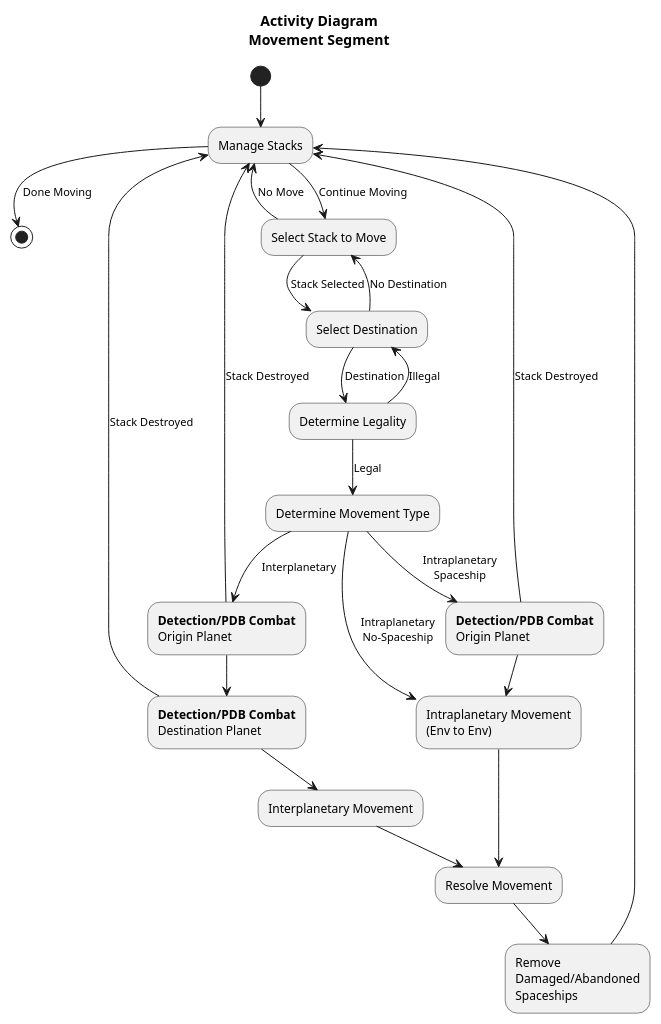
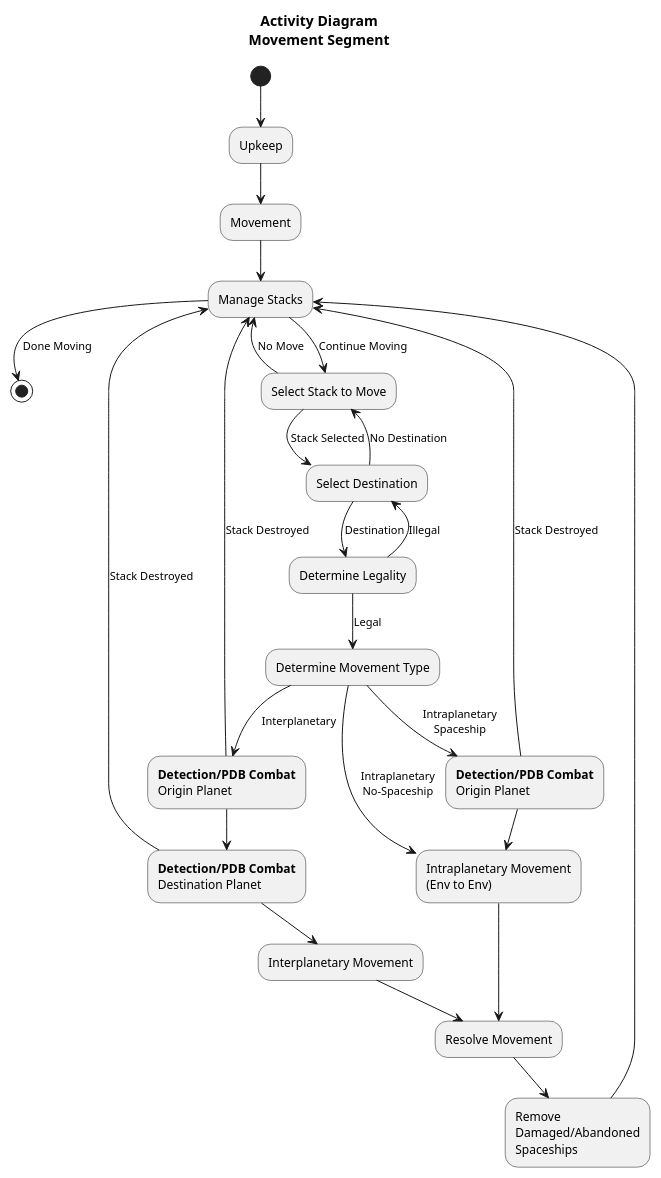
One commit to ui-cs383/Activity-Diagrams changed the diagram in Movement/Movement-Segment.plantuml. Above: the diagram before and after it, drawn with PlantUML. The commit also changed 5 other files, not shown here.

```diff
--- a/Movement/Movement-Segment.plantuml
+++ b/Movement/Movement-Segment.plantuml
@@ -1,56 +1,63 @@
 @startuml
 
 ' Movement Segment
 ' Written by Samuel Foster
 ' Parents: /Turn/Operations-Phase
 ' Children: /Combat/Detection-PDB-Combat
 
 title Activity Diagram\nMovement Segment
 
-(*) --> "Manage Stacks" as OS
+(*) --> "Upkeep" as U
+' Any reinforcements received from Scenario specifications are put into play at this time.
+' If the Game Turn is odd, the Rebel Player may flip Up one Down PDB at this time.
+' If the Game Turn is even, the Imperial Player may flip Up one Down PDB
+
+U --> "Movement" as M
+
+M --> "Manage Stacks" as OS
 'Note, this includes transporting Non-Mobile Military Units
 
 OS -->[Done Moving] (*)
 OS -->[Continue Moving] "Select Stack to Move" as SS   
 'Note, all units in the stack must have not moved
 
 SS -->[No Move] OS
 SS -->[Stack Selected] "Select Destination" as SD
 
 SD -->[No Destination] SS
 SD -->[Destination] "Determine Legality" as DL    
 'Note, possibly warn players of overfilling destination environ
 
 DL -->[Illegal] SD
 DL -->[Legal] "Determine Movement Type" as DM
 'Note: Characters can only make Interplanetary movements if stacked with a Spaceship or Mobile Military Unit(s)
 'Non-Mobile Military Units can only be moved if transported by a Mobile Military Unit
 'A Spaceship may only be moved if it is stacked with Military Units or a Character with Navigation >= 1
 'A Spaceship has a maximum capacity when carrying only Characters
 'Players "should" be warned about legal, but stupid moves (like abandoning a Spaceship or overfilling an Environ)
 
 DM -->[Intraplanetary\nSpaceship] "<b>Detection/PDB Combat\nOrigin Planet" as DROP1
 DROP1 --> "Intraplanetary Movement\n(Env to Env)" as IMEE
 DM -->[Intraplanetary\nNo-Spaceship] IMEE
 ' Note, Detection is removed on Characters
 DM -->[Interplanetary] "<b>Detection/PDB Combat\nOrigin Planet" as DROP2
 ' Note, if no Detection routine is possible when leaving planet, Detection is removed on Characters
 DROP2 --> "<b>Detection/PDB Combat\nDestination Planet" as DRDP1
 DRDP1 --> "Interplanetary Movement" as IMPP
 
 DROP1 -->[Stack Destroyed] OS
 DROP2 -->[Stack Destroyed] OS
 DRDP1 -->[Stack Destroyed] OS
 
 IMEE --> "Resolve Movement" as RM
 IMPP --> RM
 
 RM --> "Remove\nDamaged/Abandoned\nSpaceships" as RBS
 
 RBS --> OS
 
 '-->[Destination too Small\nfor Military Units] "Warn Player" as WP
 'WP -->[Continue] "
 'WP -->[Cancel] SD
 
 @enduml
```
